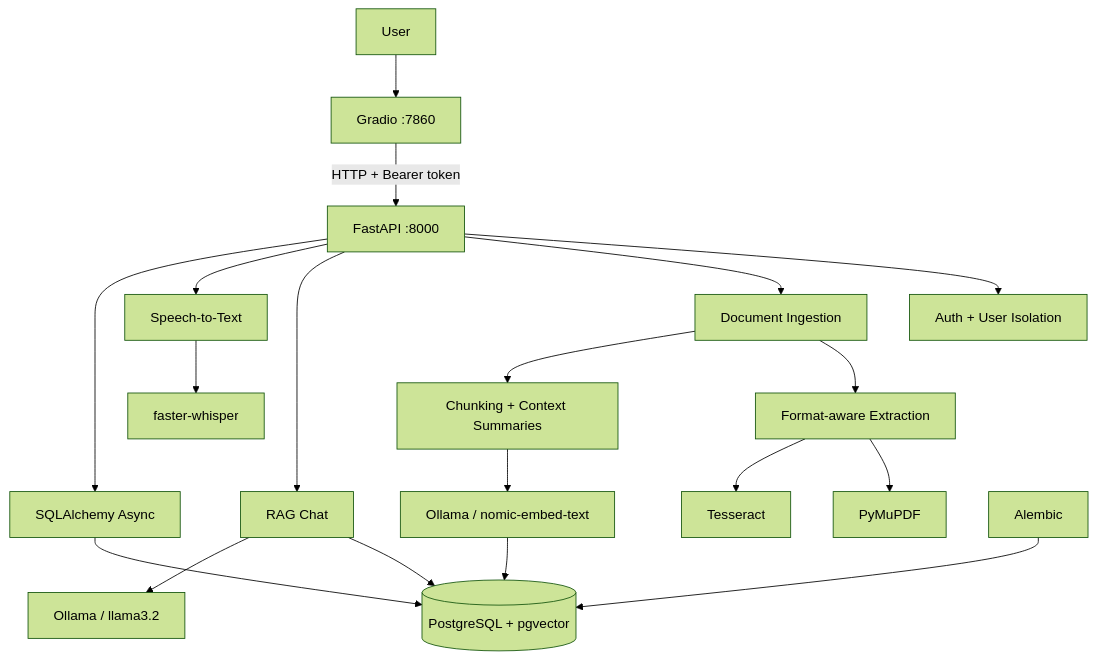
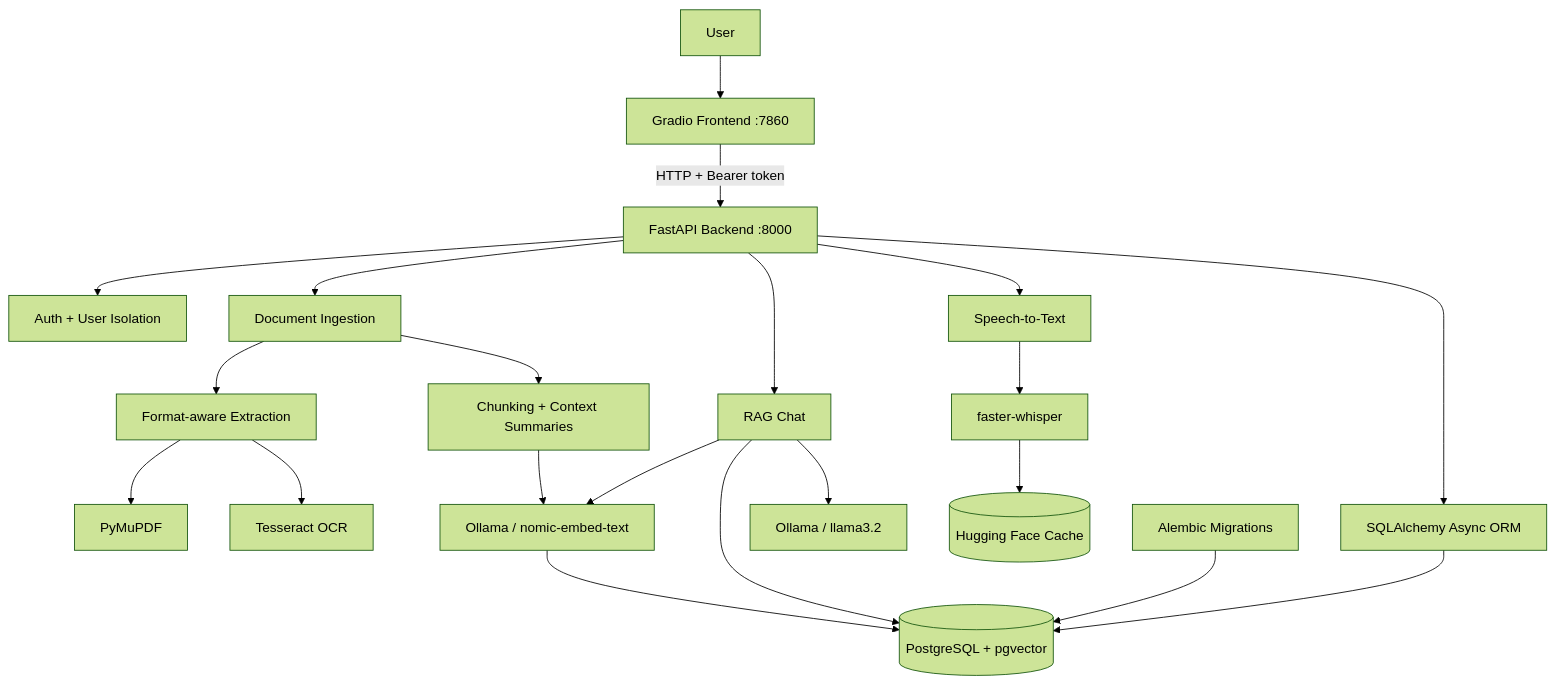
The first of 2 diagrams in README.md (fizzahussain/Rag-Document-Assistant), drawn with Mermaid (forest theme) before and after one commit. The commit also changed other lines of this file, not shown here.

````diff
--- a/README.md
+++ b/README.md
@@ -42,23 +43,27 @@
 ```mermaid
 flowchart TD
-    U[User] --> G[Gradio :7860]
-    G -->|HTTP + Bearer token| API[FastAPI :8000]
+    U[User] --> G[Gradio Frontend :7860]
+    G -->|HTTP + Bearer token| API[FastAPI Backend :8000]
+
     API --> AUTH[Auth + User Isolation]
     API --> DOC[Document Ingestion]
     API --> CHAT[RAG Chat]
     API --> AUDIO[Speech-to-Text]
 
     DOC --> EX[Format-aware Extraction]
     EX --> PDF[PyMuPDF]
-    EX --> OCR[Tesseract]
+    EX --> OCR[Tesseract OCR]
     DOC --> CH[Chunking + Context Summaries]
     CH --> EMB[Ollama / nomic-embed-text]
     EMB --> PG[(PostgreSQL + pgvector)]
 
+    CHAT --> EMB
     CHAT --> PG
     CHAT --> LLM[Ollama / llama3.2]
     AUDIO --> WH[faster-whisper]
-    API --> SQLA[SQLAlchemy Async]
+    WH --> HF[(Hugging Face Cache)]
+
+    API --> SQLA[SQLAlchemy Async ORM]
     SQLA --> PG
-    MIG[Alembic] --> PG
+    MIG[Alembic Migrations] --> PG
 ```
````
